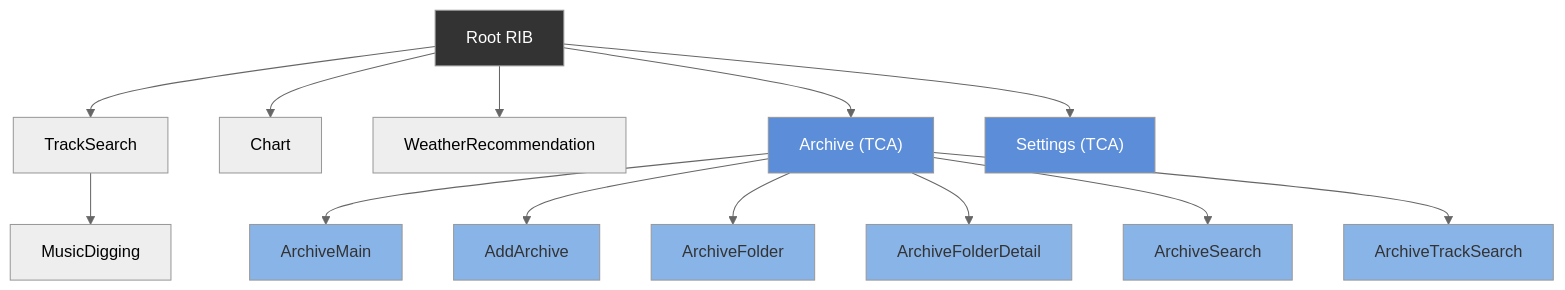
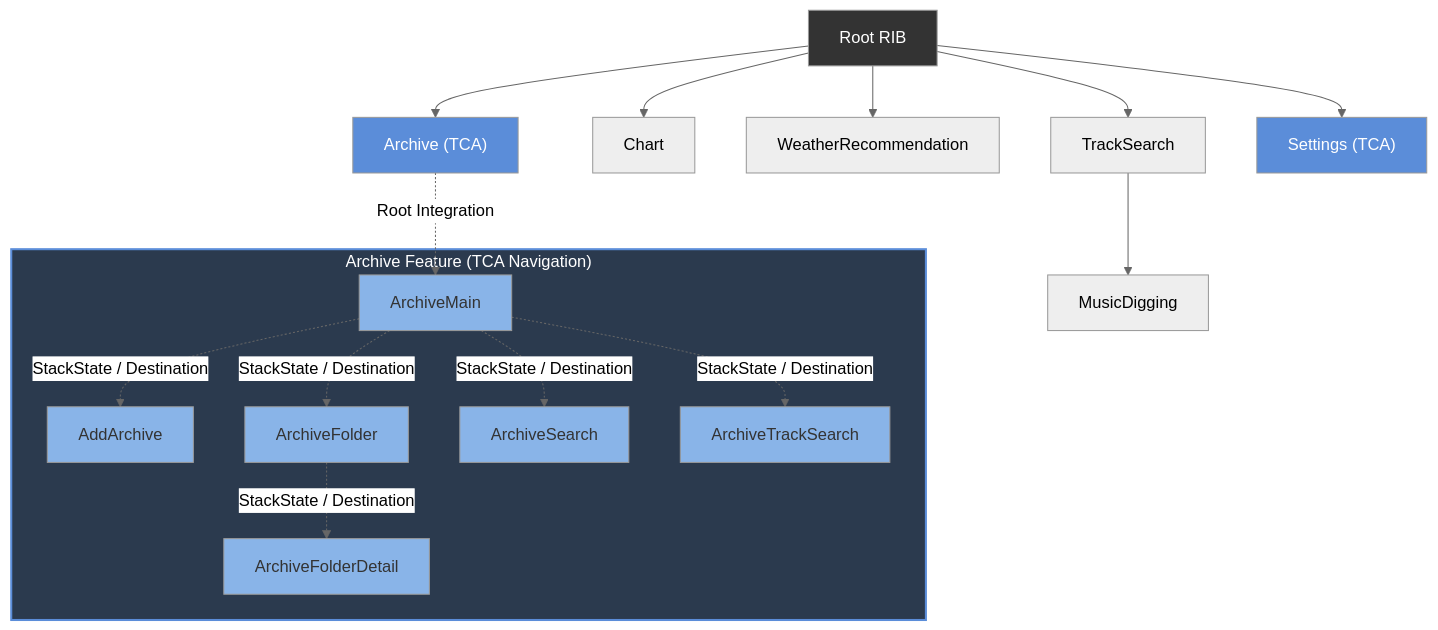
One commit to carti1108/MusicSearch changed the second of 3 diagrams in README.md. Above: the diagram before and after it, drawn with Mermaid (neutral theme). The commit also changed other lines of this file, not shown here.

````diff
--- a/README.md
+++ b/README.md
@@ -94,25 +96,35 @@
 ```mermaid
 graph TD
     Root["Root RIB"] --> TrackSearch["TrackSearch"]
     Root --> Chart["Chart"]
     Root --> Weather["WeatherRecommendation"]
     Root --> Archive["Archive (TCA)"]
     Root --> Settings["Settings (TCA)"]
     TrackSearch --> MusicDigging["MusicDigging"]
-    Archive --> ArchiveMain["ArchiveMain"]
-    Archive --> AddArchive["AddArchive"]
-    Archive --> ArchiveFolder["ArchiveFolder"]
-    Archive --> ArchiveFolderDetail["ArchiveFolderDetail"]
-    Archive --> ArchiveSearch["ArchiveSearch"]
-    Archive --> ArchiveTrackSearch["ArchiveTrackSearch"]
+
+    subgraph ArchiveFeature ["Archive Feature (TCA Navigation)"]
+        ArchiveMain["ArchiveMain"]
+        AddArchive["AddArchive"]
+        ArchiveFolder["ArchiveFolder"]
+        ArchiveFolderDetail["ArchiveFolderDetail"]
+        ArchiveSearch["ArchiveSearch"]
+        ArchiveTrackSearch["ArchiveTrackSearch"]
+        ArchiveMain -. StackState / Destination .-> AddArchive
+        ArchiveMain -. StackState / Destination .-> ArchiveFolder
+        ArchiveMain -. StackState / Destination .-> ArchiveSearch
+        ArchiveMain -. StackState / Destination .-> ArchiveTrackSearch
+        ArchiveFolder -. StackState / Destination .-> ArchiveFolderDetail
+    end
+    Archive -. Root Integration .-> ArchiveMain
 
     style Root fill:#333,color:#fff
     style Archive fill:#5B8DD9,color:#fff
     style Settings fill:#5B8DD9,color:#fff
+    style ArchiveFeature fill:#2b3a4e,stroke:#5B8DD9,stroke-width:2px,color:#fff
     style ArchiveMain fill:#89b4e8,color:#333
     style AddArchive fill:#89b4e8,color:#333
     style ArchiveFolder fill:#89b4e8,color:#333
     style ArchiveFolderDetail fill:#89b4e8,color:#333
     style ArchiveSearch fill:#89b4e8,color:#333
     style ArchiveTrackSearch fill:#89b4e8,color:#333
 ```
````
